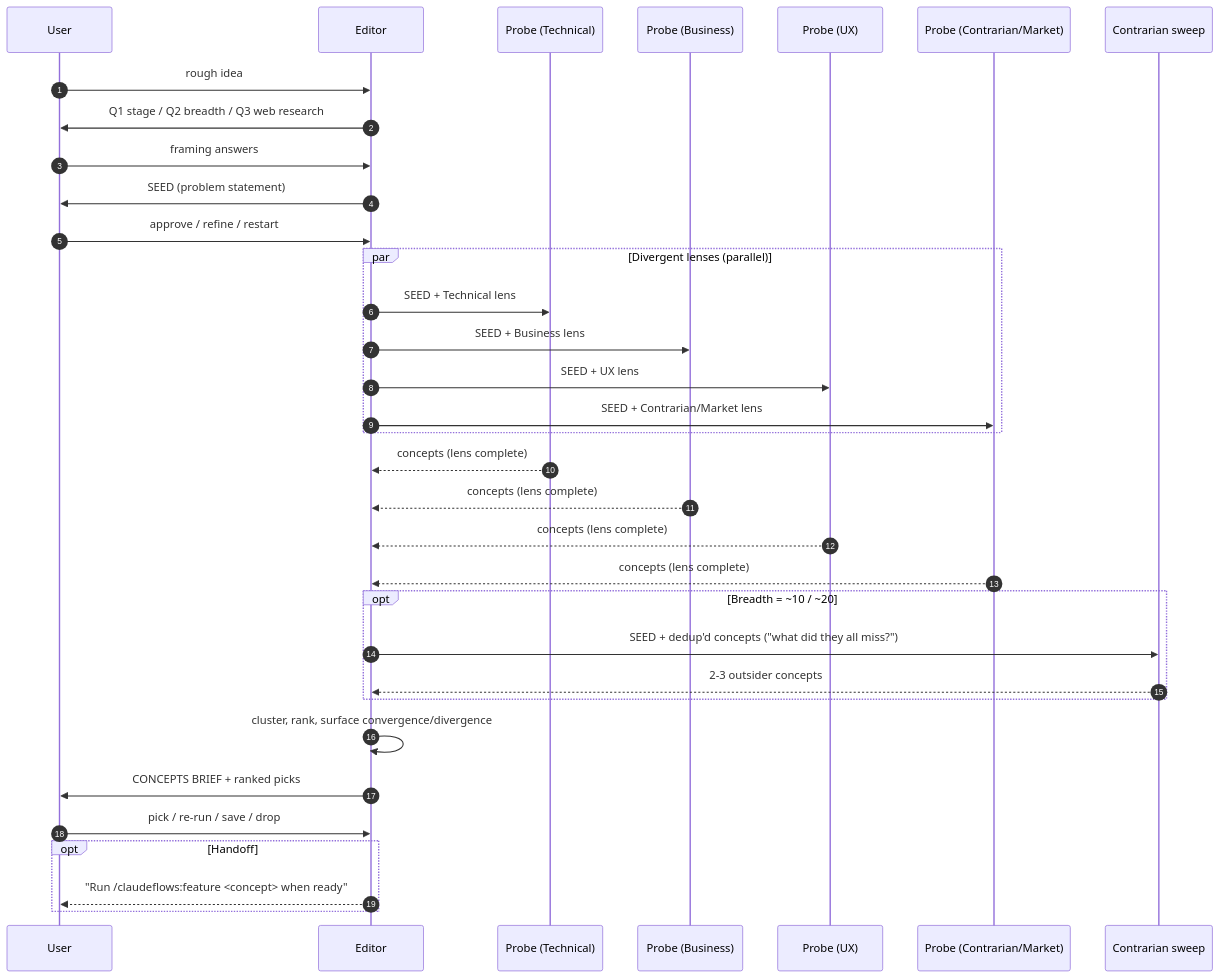
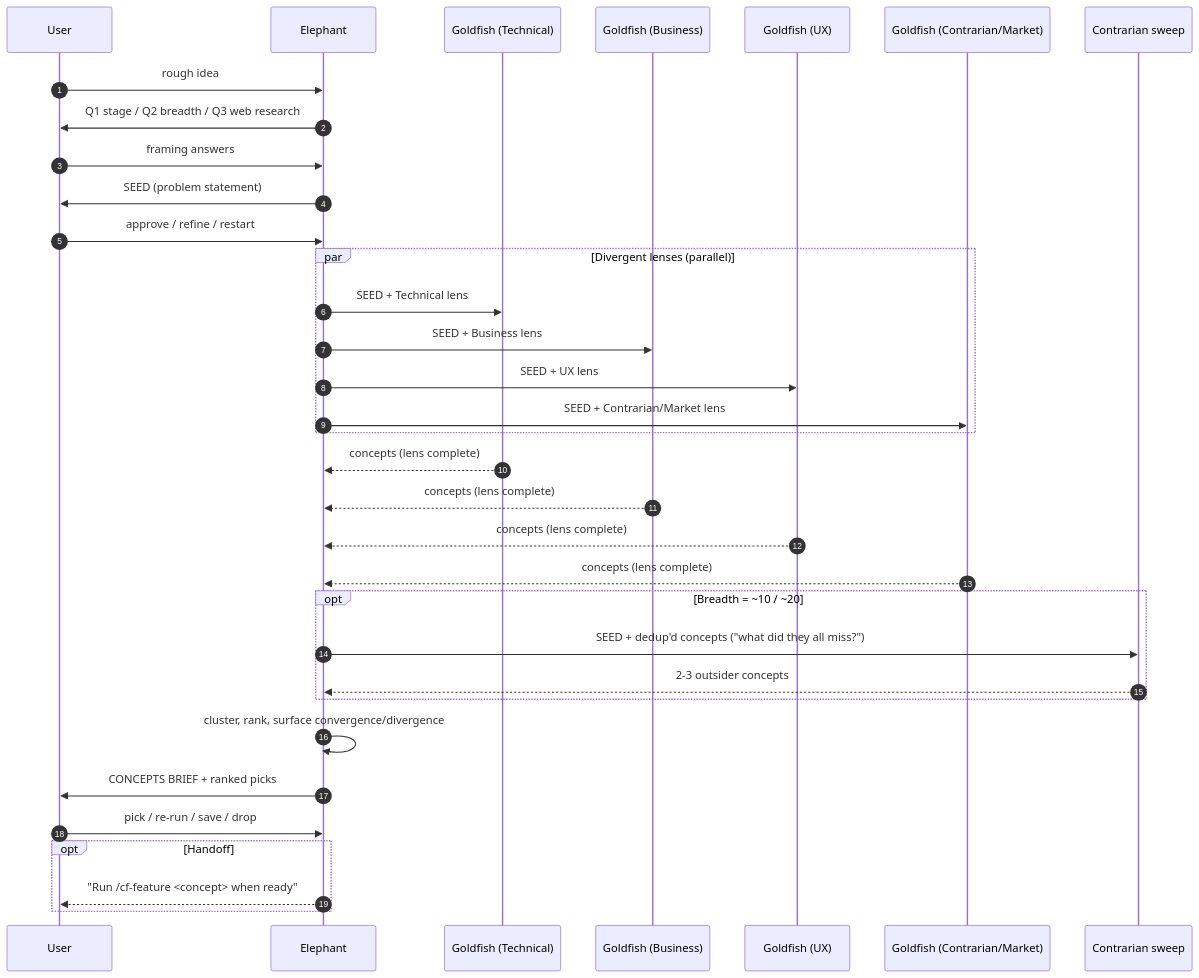
Before and after one commit to OmniPragmatic/claudeflows: the second of 6 diagrams in README.md, drawn with Mermaid. The commit also changed other lines of this file and 7 other files, not shown here.

First line of the commit message:
Refactor claudeflows plugin to adopt Elephant/Goldfish terminology across all skills and documentation

````diff
--- a/README.md
+++ b/README.md
@@ -90,40 +90,40 @@
 ```mermaid
 sequenceDiagram
     autonumber
     participant U as User
-    participant E as Editor
-    participant G1 as Probe (Technical)
-    participant G2 as Probe (Business)
-    participant G3 as Probe (UX)
-    participant Gn as Probe (Contrarian/Market)
+    participant E as Elephant
+    participant G1 as Goldfish (Technical)
+    participant G2 as Goldfish (Business)
+    participant G3 as Goldfish (UX)
+    participant Gn as Goldfish (Contrarian/Market)
     participant GC as Contrarian sweep
 
     U->>E: rough idea
     E->>U: Q1 stage / Q2 breadth / Q3 web research
     U->>E: framing answers
     E->>U: SEED (problem statement)
     U->>E: approve / refine / restart
 
     par Divergent lenses (parallel)
         E->>G1: SEED + Technical lens
         E->>G2: SEED + Business lens
         E->>G3: SEED + UX lens
         E->>Gn: SEED + Contrarian/Market lens
     end
     G1-->>E: concepts (lens complete)
     G2-->>E: concepts (lens complete)
     G3-->>E: concepts (lens complete)
     Gn-->>E: concepts (lens complete)
 
     opt Breadth = ~10 / ~20
         E->>GC: SEED + dedup'd concepts ("what did they all miss?")
         GC-->>E: 2-3 outsider concepts
     end
 
     E->>E: cluster, rank, surface convergence/divergence
     E->>U: CONCEPTS BRIEF + ranked picks
     U->>E: pick / re-run / save / drop
     opt Handoff
-        E-->>U: "Run /claudeflows:feature <concept> when ready"
+        E-->>U: "Run /cf-feature <concept> when ready"
     end
 ```
````
